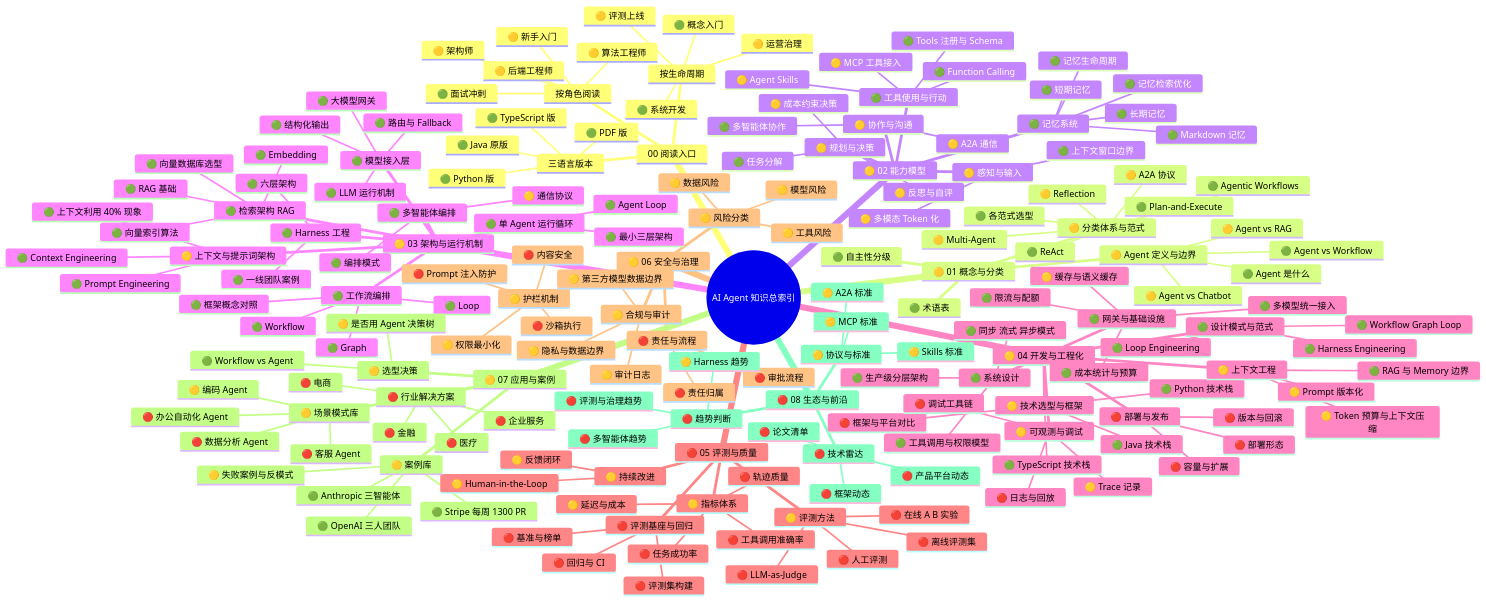
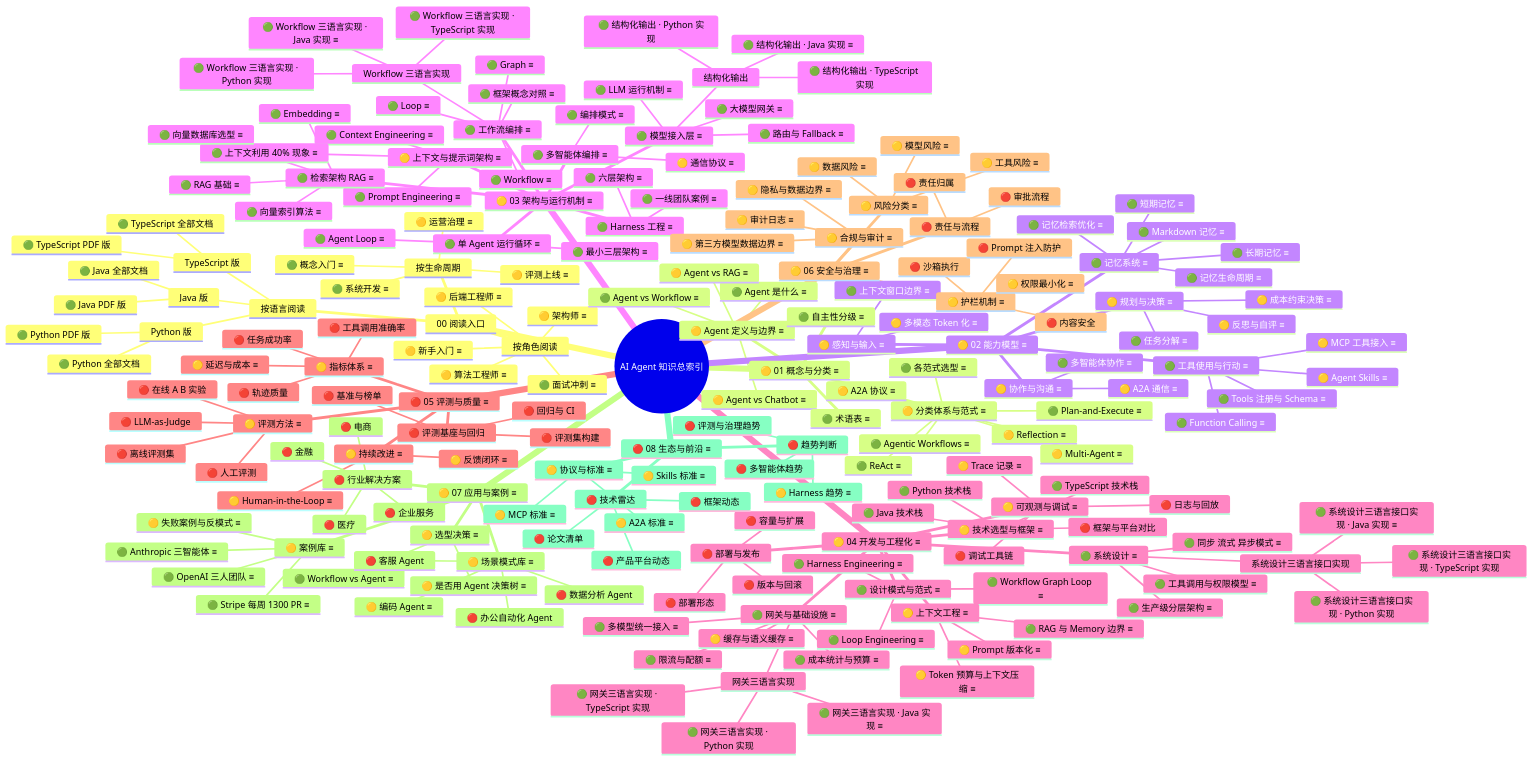
The diagram in 知识地图总索引.md (zbeeeeeeeeee/AI-Agent-Knowledge), drawn with Mermaid before and after one commit. The commit also changed other lines of this file and 7 other files, not shown here.

````diff
--- a/知识地图总索引.md
+++ b/知识地图总索引.md
@@ -20,126 +24,146 @@
   root((AI Agent 知识总索引))
     00 阅读入口
       按角色阅读
-        🟡 新手入门
-        🟡 后端工程师
-        🟡 算法工程师
-        🟡 架构师
-        🟢 面试冲刺
+        🟡 新手入门 ≡
+        🟡 后端工程师 ≡
+        🟡 算法工程师 ≡
+        🟡 架构师 ≡
+        🟢 面试冲刺 ≡
       按生命周期
-        🟢 概念入门
-        🟢 系统开发
-        🟡 评测上线
-        🟡 运营治理
-      三语言版本
-        🟢 Java 原版
-        🟢 Python 版
-        🟢 TypeScript 版
-        🟢 PDF 版
-    🟡 01 概念与分类
-      🟡 Agent 定义与边界
-        🟢 Agent 是什么
-        🟡 Agent vs Chatbot
-        🟢 Agent vs Workflow
-        🟡 Agent vs RAG
-      🟢 自主性分级
-      🟡 分类体系与范式
-        🟢 ReAct
-        🟢 Plan-and-Execute
-        🟡 Reflection
-        🟡 Multi-Agent
-        🟢 Agentic Workflows
-        🟡 A2A 协议
-        🟢 各范式选型
-      🟢 术语表
-    🟡 02 能力模型
-      🟡 感知与输入
-        🟡 多模态 Token 化
-        🟢 上下文窗口边界
-      🟢 记忆系统
-        🟢 短期记忆
-        🟢 长期记忆
-        🟢 记忆生命周期
-        🟢 记忆检索优化
-        🟢 Markdown 记忆
-      🟡 规划与决策
-        🟢 任务分解
-        🟡 反思与自评
-        🟡 成本约束决策
-      🟢 工具使用与行动
-        🟢 Function Calling
-        🟢 Tools 注册与 Schema
-        🟡 MCP 工具接入
-        🟡 Agent Skills
-      🟡 协作与沟通
-        🟢 多智能体协作
-        🟡 A2A 通信
-    🟡 03 架构与运行机制
-      🟢 单 Agent 运行循环
-        🟢 Agent Loop
-        🟢 最小三层架构
-      🟡 上下文与提示词架构
-        🟢 Prompt Engineering
-        🟢 Context Engineering
-        🟢 上下文利用 40% 现象
-      🟢 工作流编排
-        🟢 Workflow
-        🟢 Graph
-        🟢 Loop
-        🟢 框架概念对照
-      🟢 模型接入层
-        🟢 LLM 运行机制
-        🟢 结构化输出
-        🟢 大模型网关
-        🟢 路由与 Fallback
-      🟢 检索架构 RAG
-        🟢 RAG 基础
-        🟢 Embedding
-        🟢 向量索引算法
-        🟢 向量数据库选型
-      🟢 Harness 工程
-        🟢 六层架构
-        🟢 一线团队案例
-      🟢 多智能体编排
-        🟢 编排模式
-        🟡 通信协议
-    🟡 04 开发与工程化
-      🟡 技术选型与框架
+        🟢 概念入门 ≡
+        🟢 系统开发 ≡
+        🟡 评测上线 ≡
+        🟡 运营治理 ≡
+      按语言阅读
+        Java 版
+          🟢 Java 全部文档
+          🟢 Java PDF 版
+        Python 版
+          🟢 Python 全部文档
+          🟢 Python PDF 版
+        TypeScript 版
+          🟢 TypeScript 全部文档
+          🟢 TypeScript PDF 版
+    🟡 01 概念与分类 ≡
+      🟡 Agent 定义与边界 ≡
+        🟢 Agent 是什么 ≡
+        🟡 Agent vs Chatbot ≡
+        🟢 Agent vs Workflow ≡
+        🟡 Agent vs RAG ≡
+      🟢 自主性分级 ≡
+      🟡 分类体系与范式 ≡
+        🟢 ReAct ≡
+        🟢 Plan-and-Execute ≡
+        🟡 Reflection ≡
+        🟡 Multi-Agent ≡
+        🟢 Agentic Workflows ≡
+        🟡 A2A 协议 ≡
+        🟢 各范式选型 ≡
+      🟢 术语表 ≡
+    🟡 02 能力模型 ≡
+      🟡 感知与输入 ≡
+        🟡 多模态 Token 化 ≡
+        🟢 上下文窗口边界 ≡
+      🟢 记忆系统 ≡
+        🟢 短期记忆 ≡
+        🟢 长期记忆 ≡
+        🟢 记忆生命周期 ≡
+        🟢 记忆检索优化 ≡
+        🟢 Markdown 记忆 ≡
+      🟡 规划与决策 ≡
+        🟢 任务分解 ≡
+        🟡 反思与自评 ≡
+        🟡 成本约束决策 ≡
+      🟢 工具使用与行动 ≡
+        🟢 Function Calling ≡
+        🟢 Tools 注册与 Schema ≡
+        🟡 MCP 工具接入 ≡
+        🟡 Agent Skills ≡
+      🟡 协作与沟通 ≡
+        🟢 多智能体协作 ≡
+        🟡 A2A 通信 ≡
+    🟡 03 架构与运行机制 ≡
+      🟢 单 Agent 运行循环 ≡
+        🟢 Agent Loop ≡
+        🟢 最小三层架构 ≡
+      🟡 上下文与提示词架构 ≡
+        🟢 Prompt Engineering ≡
+        🟢 Context Engineering ≡
+        🟢 上下文利用 40% 现象 ≡
+      🟢 工作流编排 ≡
+        🟢 Workflow ≡
+        🟢 Graph ≡
+        🟢 Loop ≡
+        🟢 框架概念对照 ≡
+        Workflow 三语言实现
+          🟢 Workflow 三语言实现 · Java 实现 ≡
+          🟢 Workflow 三语言实现 · Python 实现
+          🟢 Workflow 三语言实现 · TypeScript 实现
+      🟢 模型接入层 ≡
+        🟢 LLM 运行机制 ≡
+        结构化输出
+          🟢 结构化输出 · Java 实现 ≡
+          🟢 结构化输出 · Python 实现
+          🟢 结构化输出 · TypeScript 实现
+        🟢 大模型网关 ≡
+        🟢 路由与 Fallback ≡
+      🟢 检索架构 RAG ≡
+        🟢 RAG 基础 ≡
+        🟢 Embedding ≡
+        🟢 向量索引算法 ≡
+        🟢 向量数据库选型 ≡
+      🟢 Harness 工程 ≡
+        🟢 六层架构 ≡
+        🟢 一线团队案例 ≡
+      🟢 多智能体编排 ≡
+        🟢 编排模式 ≡
+        🟡 通信协议 ≡
+    🟡 04 开发与工程化 ≡
+      🟡 技术选型与框架 ≡
         🟢 Java 技术栈
         🟢 Python 技术栈
         🟢 TypeScript 技术栈
         🔴 框架与平台对比
-      🟢 设计模式与范式
-        🟢 Workflow Graph Loop
-        🟢 Loop Engineering
-        🟢 Harness Engineering
-      🟡 上下文工程
-        🟡 Prompt 版本化
-        🟢 RAG 与 Memory 边界
-        🟡 Token 预算与上下文压缩
-      🟢 系统设计
-        🟢 生产级分层架构
-        🟢 同步 流式 异步模式
-        🟢 工具调用与权限模型
-      🟢 网关与基础设施
-        🟢 多模型统一接入
-        🟢 限流与配额
-        🟢 成本统计与预算
-        🟡 缓存与语义缓存
+      🟢 设计模式与范式 ≡
+        🟢 Workflow Graph Loop ≡
+        🟢 Loop Engineering ≡
+        🟢 Harness Engineering ≡
+      🟡 上下文工程 ≡
+        🟡 Prompt 版本化 ≡
+        🟢 RAG 与 Memory 边界 ≡
+        🟡 Token 预算与上下文压缩 ≡
+      🟢 系统设计 ≡
+        🟢 生产级分层架构 ≡
+        🟢 同步 流式 异步模式 ≡
+        🟢 工具调用与权限模型 ≡
+        系统设计三语言接口实现
+          🟢 系统设计三语言接口实现 · Java 实现 ≡
+          🟢 系统设计三语言接口实现 · Python 实现
+          🟢 系统设计三语言接口实现 · TypeScript 实现
+      🟢 网关与基础设施 ≡
+        🟢 多模型统一接入 ≡
+        🟢 限流与配额 ≡
+        🟢 成本统计与预算 ≡
+        🟡 缓存与语义缓存 ≡
+        网关三语言实现
+          🟢 网关三语言实现 · Java 实现 ≡
+          🟢 网关三语言实现 · Python 实现
+          🟢 网关三语言实现 · TypeScript 实现
       🔴 部署与发布
         🔴 部署形态
         🔴 版本与回滚
         🔴 容量与扩展
-      🟡 可观测与调试
-        🟡 Trace 记录
+      🟡 可观测与调试 ≡
+        🟡 Trace 记录 ≡
         🔴 日志与回放
         🔴 调试工具链
-    🔴 05 评测与质量
-      🟡 指标体系
+    🔴 05 评测与质量 ≡
+      🟡 指标体系 ≡
         🔴 任务成功率
         🔴 轨迹质量
         🔴 工具调用准确率
-        🟡 延迟与成本
-      🟡 评测方法
+        🟡 延迟与成本 ≡
+      🟡 评测方法 ≡
         🔴 离线评测集
         🔴 人工评测
         🔴 在线 A B 实验
@@ -148,32 +172,32 @@
         🔴 评测集构建
         🔴 基准与榜单
         🔴 回归与 CI
-      🟡 持续改进
-        🟡 Human-in-the-Loop
-        🟡 反馈闭环
-    🟡 06 安全与治理
-      🟡 风险分类
-        🟡 模型风险
-        🟡 工具风险
-        🟡 数据风险
-      🟡 护栏机制
-        🟡 权限最小化
+      🟡 持续改进 ≡
+        🟡 Human-in-the-Loop ≡
+        🟡 反馈闭环 ≡
+    🟡 06 安全与治理 ≡
+      🟡 风险分类 ≡
+        🟡 模型风险 ≡
+        🟡 工具风险 ≡
+        🟡 数据风险 ≡
+      🟡 护栏机制 ≡
+        🟡 权限最小化 ≡
         🔴 沙箱执行
         🔴 Prompt 注入防护
         🔴 内容安全
-      🟡 合规与审计
-        🟡 隐私与数据边界
-        🟡 审计日志
-        🟡 第三方模型数据边界
+      🟡 合规与审计 ≡
+        🟡 隐私与数据边界 ≡
+        🟡 审计日志 ≡
+        🟡 第三方模型数据边界 ≡
       🔴 责任与流程
         🔴 审批流程
         🔴 责任归属
-    🟡 07 应用与案例
-      🟡 选型决策
-        🟡 是否用 Agent 决策树
-        🟢 Workflow vs Agent
-      🟡 场景模式库
-        🟡 编码 Agent
+    🟡 07 应用与案例 ≡
+      🟡 选型决策 ≡
+        🟡 是否用 Agent 决策树 ≡
+        🟢 Workflow vs Agent ≡
+      🟡 场景模式库 ≡
+        🟡 编码 Agent ≡
         🔴 客服 Agent
         🔴 数据分析 Agent
         🔴 办公自动化 Agent
@@ -182,22 +206,22 @@
         🔴 医疗
         🔴 电商
         🔴 企业服务
-      🟡 案例库
-        🟢 OpenAI 三人团队
-        🟢 Anthropic 三智能体
-        🟢 Stripe 每周 1300 PR
-        🟡 失败案例与反模式
-    🔴 08 生态与前沿
-      🟡 协议与标准
-        🟡 MCP 标准
-        🟡 A2A 标准
-        🟡 Skills 标准
+      🟡 案例库 ≡
+        🟢 OpenAI 三人团队 ≡
+        🟢 Anthropic 三智能体 ≡
+        🟢 Stripe 每周 1300 PR ≡
+        🟡 失败案例与反模式 ≡
+    🔴 08 生态与前沿 ≡
+      🟡 协议与标准 ≡
+        🟡 MCP 标准 ≡
+        🟡 A2A 标准 ≡
+        🟡 Skills 标准 ≡
       🔴 技术雷达
         🔴 论文清单
         🔴 框架动态
         🔴 产品平台动态
       🔴 趋势判断
-        🟡 Harness 趋势
+        🟡 Harness 趋势 ≡
         🔴 多智能体趋势
         🔴 评测与治理趋势
 ```
````
